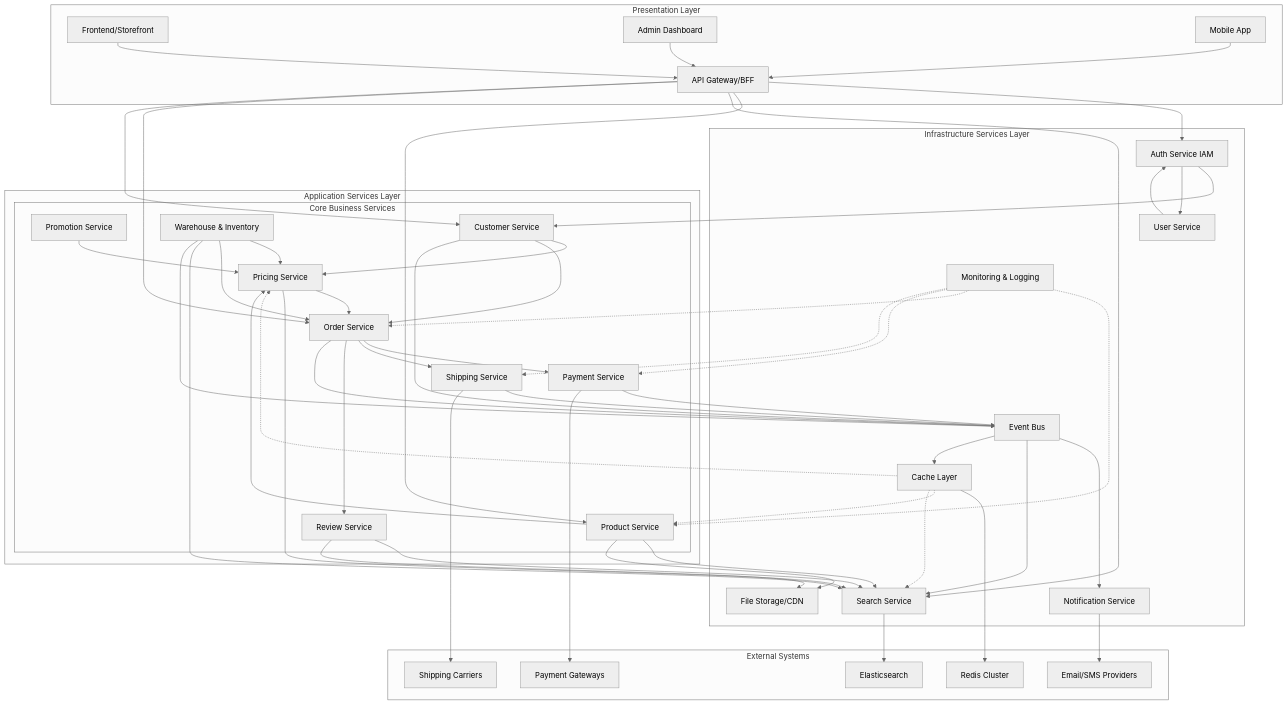
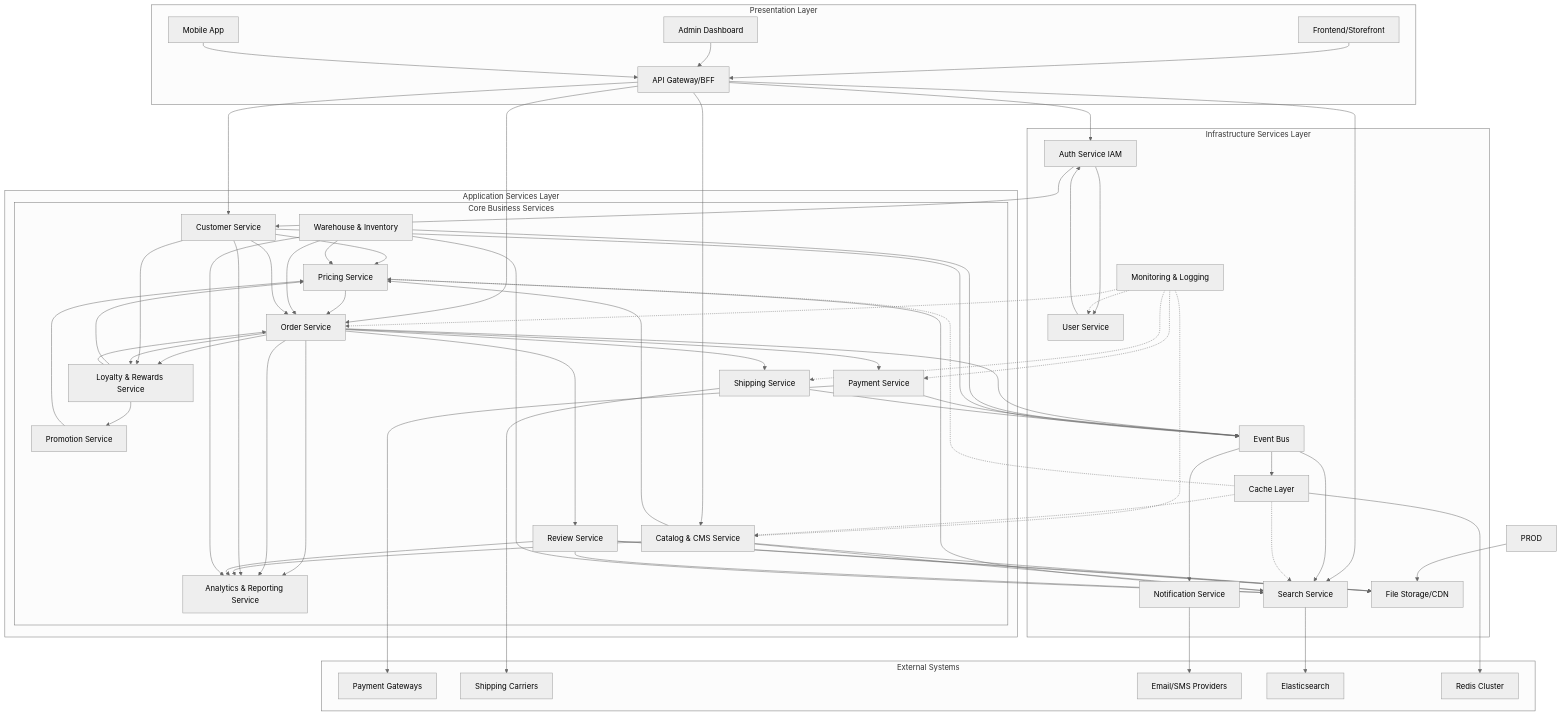
Before and after one commit to vesviet/Composable-Commerce-Service-Architecture: the first of 6 diagrams in architecture/complete-architecture-diagram.md, drawn with Mermaid (neutral theme). The commit also changed 23 other files, not shown here.

```diff
--- a/architecture/complete-architecture-diagram.md
+++ b/architecture/complete-architecture-diagram.md
@@ -15,7 +15,7 @@
     %% Application Services Layer
     subgraph "Application Services Layer"
         subgraph "Core Business Services"
-            PROD[Product Service]
+            CAT[Catalog & CMS Service]
             PRICE[Pricing Service]
             PROMO[Promotion Service]
             ORDER[Order Service]
@@ -24,6 +24,8 @@
             CUST[Customer Service]
             REV[Review Service]
             INV[Warehouse & Inventory]
+            ANALYTICS[Analytics & Reporting Service]
+            LOYALTY[Loyalty & Rewards Service]
         end
     end
     
@@ -55,29 +57,45 @@
     
     %% API Gateway to Services
     API --> AUTH
-    API --> PROD
+    API --> CAT
     API --> SEARCH
     API --> ORDER
     API --> CUST
     
     %% Core Service Interactions
-    PROD --> PRICE
+    CAT --> PRICE
     PROMO --> PRICE
     CUST --> PRICE
     INV --> PRICE
+    LOYALTY --> PRICE
     
     PRICE --> ORDER
     INV --> ORDER
     CUST --> ORDER
+    LOYALTY --> ORDER
     ORDER --> PAY
     ORDER --> SHIP
     ORDER --> REV
+    ORDER --> ANALYTICS
+    ORDER --> LOYALTY
     
     %% Search Service Inputs
-    PROD --> SEARCH
+    CAT --> SEARCH
     PRICE --> SEARCH
     REV --> SEARCH
     INV --> SEARCH
+    
+    %% Analytics Service Inputs
+    ORDER --> ANALYTICS
+    CUST --> ANALYTICS
+    CAT --> ANALYTICS
+    REV --> ANALYTICS
+    INV --> ANALYTICS
+    
+    %% Loyalty Service Interactions
+    CUST --> LOYALTY
+    ORDER --> LOYALTY
+    LOYALTY --> PROMO
     
     %% Event Bus Connections
     ORDER --> EB
@@ -101,15 +119,20 @@
     CACHE --> REDIS
     
     %% Monitoring
-    MONITOR -.-> PROD
+    MONITOR -.-> CAT
     MONITOR -.-> ORDER
     MONITOR -.-> PAY
     MONITOR -.-> SHIP
+    MONITOR -.-> USER
     
     %% Cache Connections
     CACHE -.-> PRICE
-    CACHE -.-> PROD
+    CACHE -.-> CAT
     CACHE -.-> SEARCH
+    
+    %% Storage Connections
+    CAT --> STORAGE
+    REV --> STORAGE
     
     %% Storage
     PROD --> STORAGE
```
